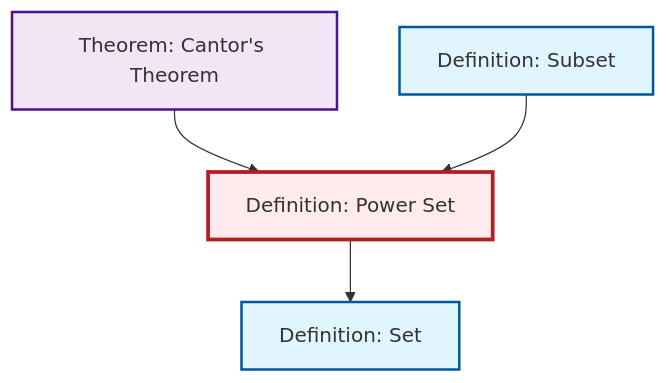
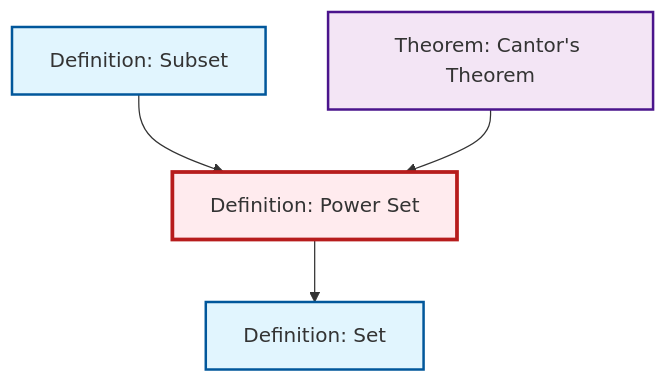
Before and after one commit to RK0429/ModernMath: the diagram in output/mermaid/def-power-set.mermaid, drawn with Mermaid. The commit also changed other lines of this file and 1119 other files, not shown here.

````diff
--- a/output/mermaid/def-power-set.mermaid
+++ b/output/mermaid/def-power-set.mermaid
@@ -1,17 +1,17 @@
 ```{mermaid}
 %%| fig-cap: "Local dependency graph"
 graph TD
     classDef definition fill:#e1f5fe,stroke:#01579b,stroke-width:2px
     classDef theorem fill:#f3e5f5,stroke:#4a148c,stroke-width:2px
     classDef axiom fill:#fff3e0,stroke:#e65100,stroke-width:2px
     classDef example fill:#e8f5e9,stroke:#1b5e20,stroke-width:2px
     classDef current fill:#ffebee,stroke:#b71c1c,stroke-width:3px
     def-power-set["Definition: Power Set"]:::definition
     def-set["Definition: Set"]:::definition
+    thm-cantor["Theorem: Cantor's Theorem"]:::theorem
     def-subset["Definition: Subset"]:::definition
-    thm-cantor["Theorem: Cantor's Theorem"]:::theorem
+    def-power-set --> def-set
+    def-subset --> def-power-set
     thm-cantor --> def-power-set
-    def-subset --> def-power-set
-    def-power-set --> def-set
     class def-power-set current
 ```
````
